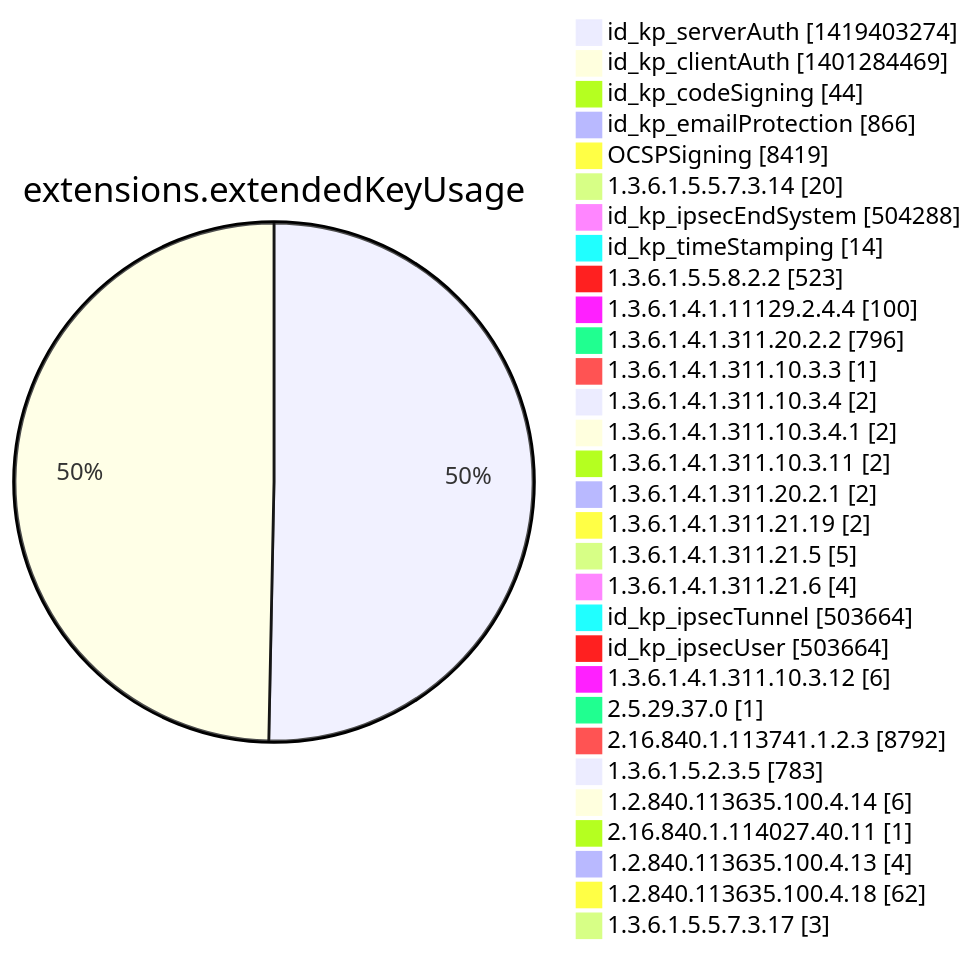
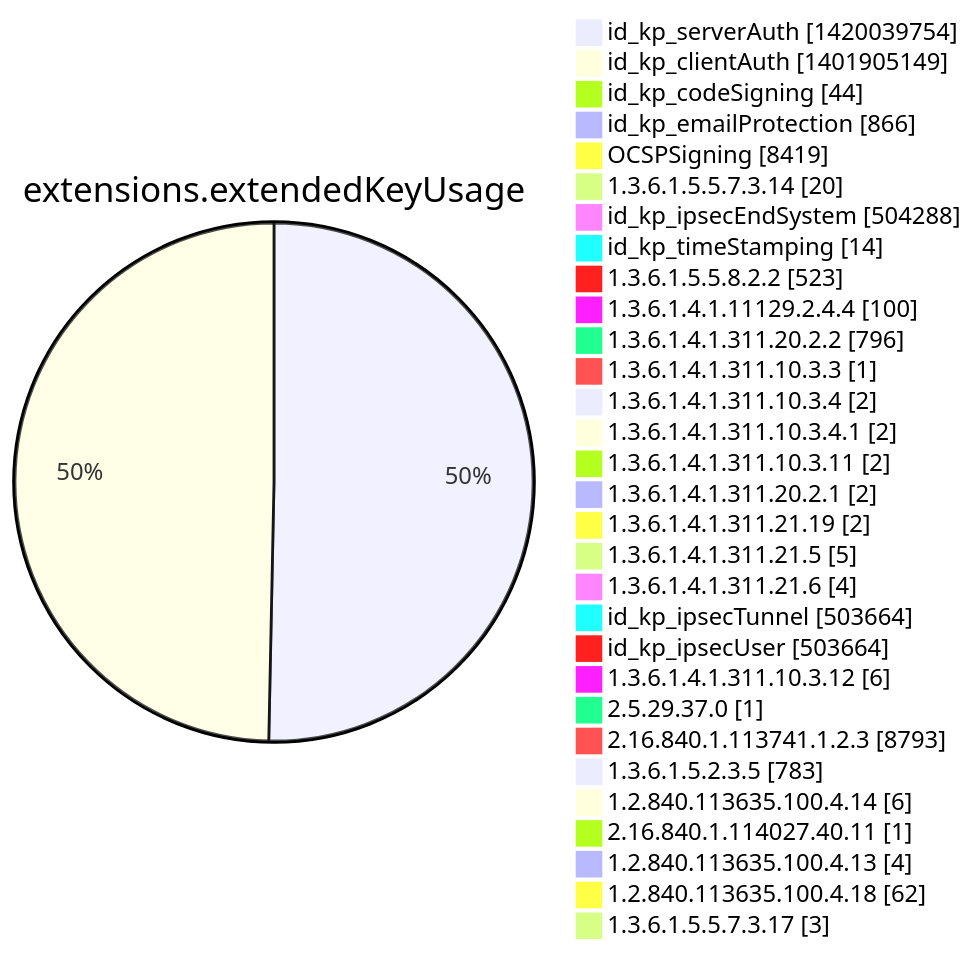
One commit to christiankrug/ctmonitor_visualization changed diagram 12 of 15 in argon2022/README.md. Above: the diagram before and after it, drawn with Mermaid. The commit also changed other lines of this file, not shown here.

````diff
--- a/argon2022/README.md
+++ b/argon2022/README.md
@@ -3555,34 +3555,34 @@
 ```mermaid
 pie showData
 title extensions.extendedKeyUsage
-"id_kp_serverAuth" :1419403274
-"id_kp_clientAuth" :1401284469
+"id_kp_serverAuth" :1420039754
+"id_kp_clientAuth" :1401905149
 "id_kp_codeSigning" :44
 "id_kp_emailProtection" :866
 "OCSPSigning" :8419
 "1.3.6.1.5.5.7.3.14" :20
 "id_kp_ipsecEndSystem" :504288
 "id_kp_timeStamping" :14
 "1.3.6.1.5.5.8.2.2" :523
 "1.3.6.1.4.1.11129.2.4.4" :100
 "1.3.6.1.4.1.311.20.2.2" :796
 "1.3.6.1.4.1.311.10.3.3" :1
 "1.3.6.1.4.1.311.10.3.4" :2
 "1.3.6.1.4.1.311.10.3.4.1" :2
 "1.3.6.1.4.1.311.10.3.11" :2
 "1.3.6.1.4.1.311.20.2.1" :2
 "1.3.6.1.4.1.311.21.19" :2
 "1.3.6.1.4.1.311.21.5" :5
 "1.3.6.1.4.1.311.21.6" :4
 "id_kp_ipsecTunnel" :503664
 "id_kp_ipsecUser" :503664
 "1.3.6.1.4.1.311.10.3.12" :6
 "2.5.29.37.0" :1
-"2.16.840.1.113741.1.2.3" :8792
+"2.16.840.1.113741.1.2.3" :8793
 "1.3.6.1.5.2.3.5" :783
 "1.2.840.113635.100.4.14" :6
 "2.16.840.1.114027.40.11" :1
 "1.2.840.113635.100.4.13" :4
 "1.2.840.113635.100.4.18" :62
 "1.3.6.1.5.5.7.3.17" :3
 ```
````
